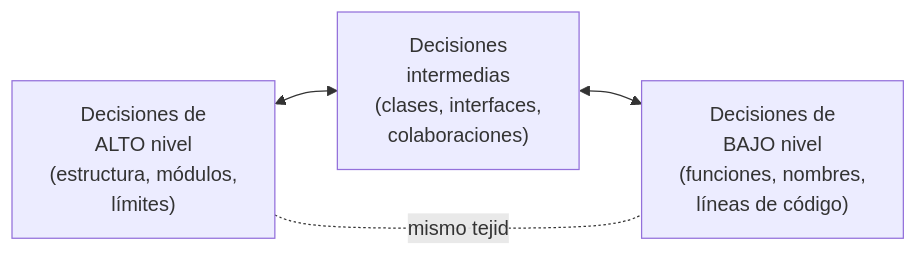
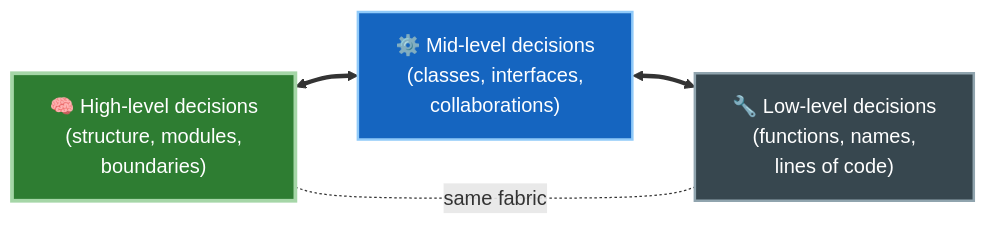
One commit to JavierMachucaA/clean-architecture-guia changed the first of 2 diagrams in 01-introduccion-y-vision-general/01-diseno-vs-arquitectura.md. Above: the diagram before and after it, drawn with Mermaid. The commit also changed other lines of this file and 45 other files, not shown here.

````diff
--- a/01-introduccion-y-vision-general/01-diseno-vs-arquitectura.md
+++ b/01-introduccion-y-vision-general/01-diseno-vs-arquitectura.md
@@ -16,7 +16,11 @@
 ```mermaid
 flowchart LR
-    A["Decisiones de<br/>ALTO nivel<br/>(estructura, módulos,<br/>límites)"] <--> B["Decisiones<br/>intermedias<br/>(clases, interfaces,<br/>colaboraciones)"]
-    B <--> C["Decisiones de<br/>BAJO nivel<br/>(funciones, nombres,<br/>líneas de código)"]
+    A["🧠 High-level decisions<br/>(structure, modules,<br/>boundaries)"] <==> B["⚙️ Mid-level decisions<br/>(classes, interfaces,<br/>collaborations)"]
+    B <==> C["🔧 Low-level decisions<br/>(functions, names,<br/>lines of code)"]
 
-    A -.mismo tejido.- C
+    A -.same fabric.- C
+
+    style A fill:#2e7d32,stroke:#a5d6a7,color:#fff,stroke-width:3px
+    style B fill:#1565c0,stroke:#90caf9,color:#fff,stroke-width:2px
+    style C fill:#37474f,stroke:#90a4ae,color:#fff,stroke-width:2px
 ```
````
